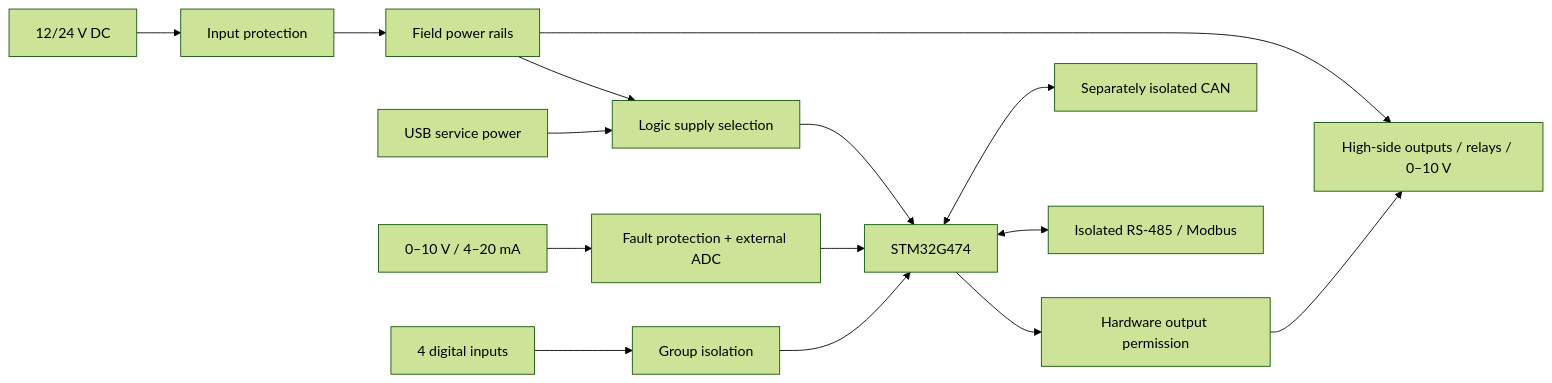
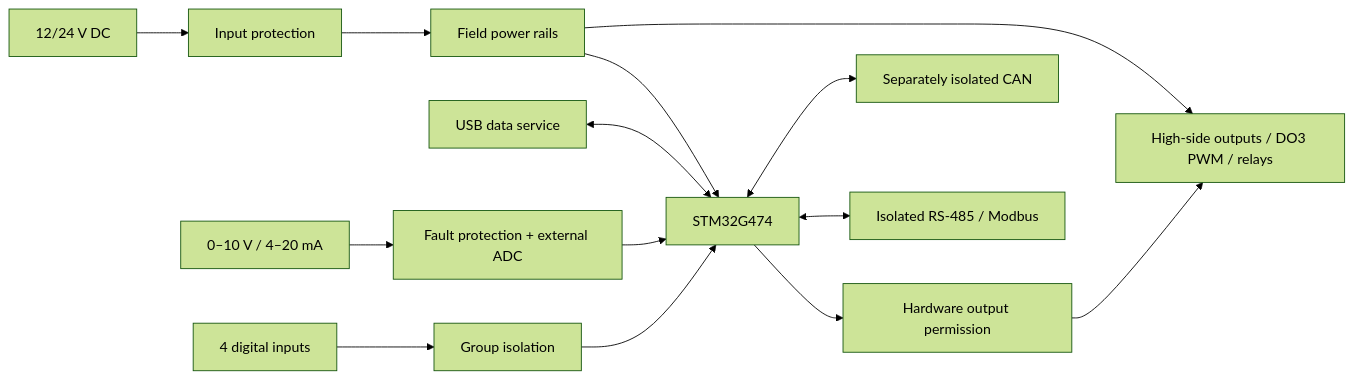
One commit to MuffinByteLabs/stm32-industrial-io changed the diagram in README.md. Above: the diagram before and after it, drawn with Mermaid (forest theme). The commit also changed other lines of this file and 45 other files, not shown here.

````diff
--- a/README.md
+++ b/README.md
@@ -32,17 +31,16 @@
 ```mermaid
 flowchart LR
     FIELD["12/24 V DC"] --> PROTECT["Input protection"]
     PROTECT --> POWER["Field power rails"]
-    USB["USB service power"] --> LOGIC["Logic supply selection"]
-    POWER --> LOGIC
-    LOGIC --> MCU["STM32G474"]
+    POWER --> MCU["STM32G474"]
+    USB["USB data service"] <--> MCU
     SENSORS["0–10 V / 4–20 mA"] --> ANALOG["Fault protection + external ADC"]
     ANALOG --> MCU
     DI["4 digital inputs"] --> DIN["Group isolation"]
     DIN --> MCU
     MCU --> GATE["Hardware output permission"]
-    GATE --> OUTPUTS["High-side outputs / relays / 0–10 V"]
+    GATE --> OUTPUTS["High-side outputs / DO3 PWM / relays"]
     POWER --> OUTPUTS
     MCU <--> RS["Isolated RS-485 / Modbus"]
     MCU <--> CAN["Separately isolated CAN"]
 ```
````
